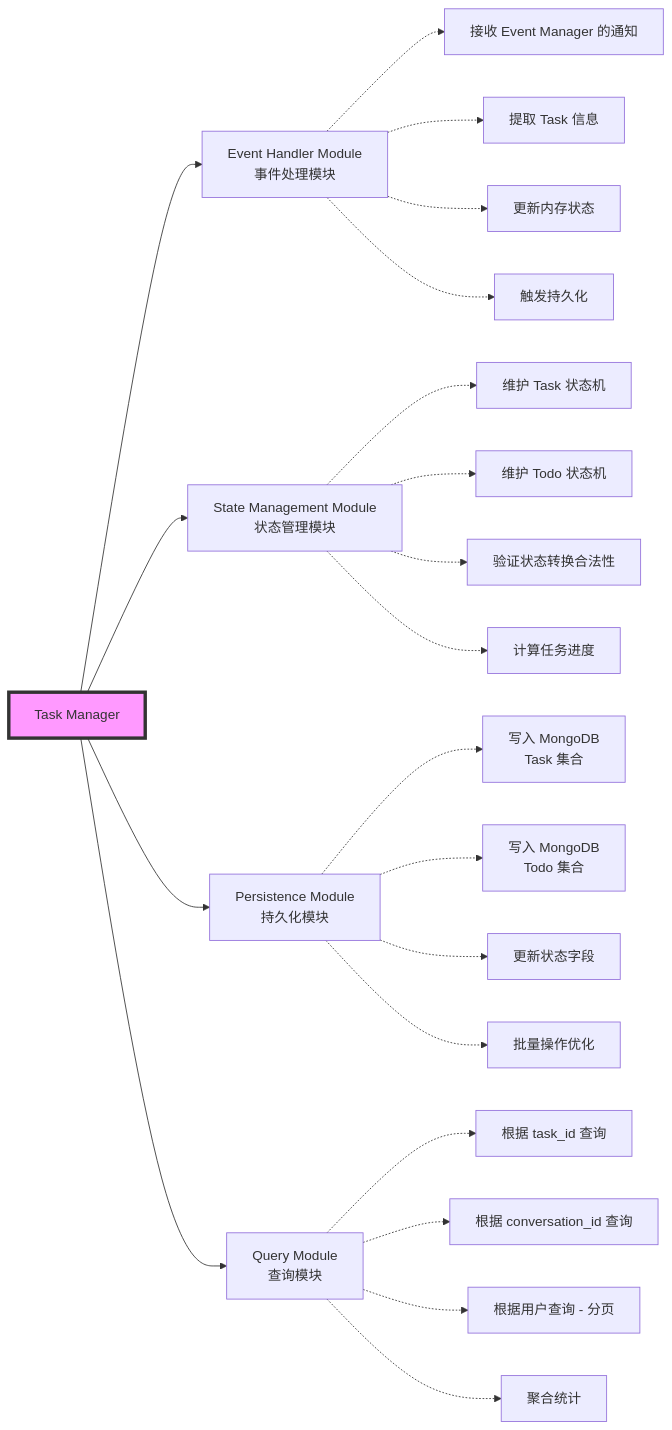
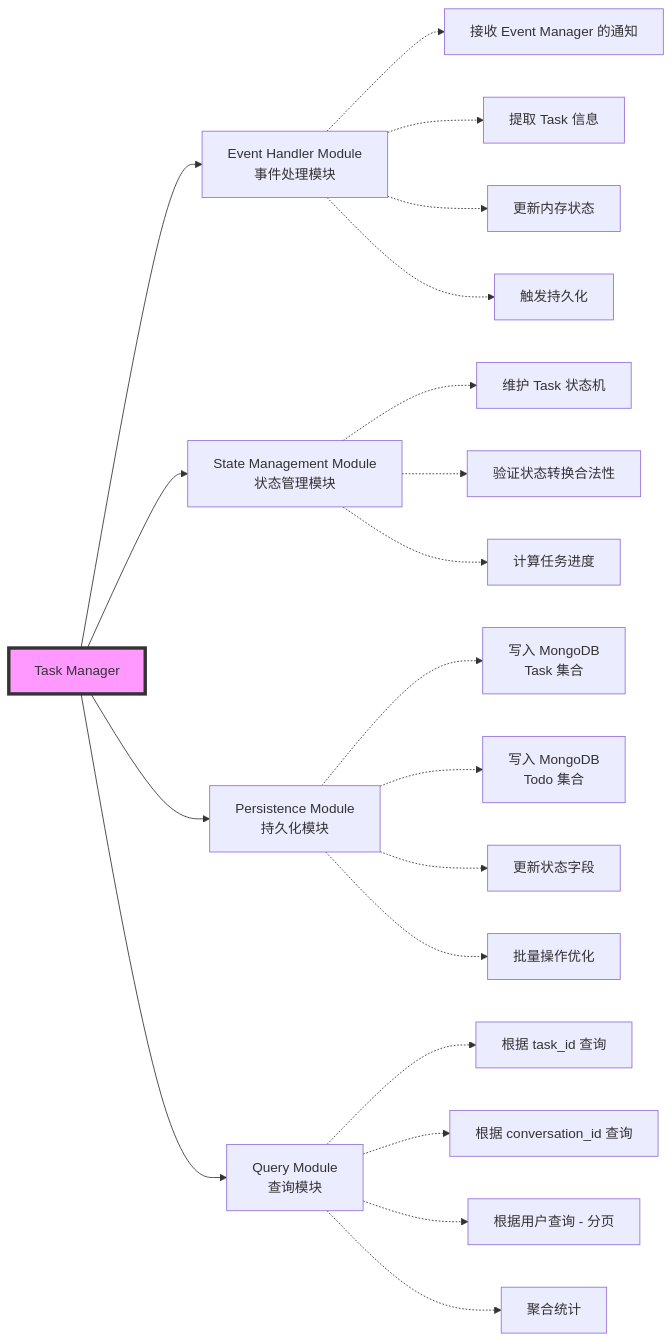
Before and after one commit to yingjianzh/iodraw-files: the diagram in all/未命名-10.md, drawn with Mermaid.

Commit message:
2025-12-24 18:02:38 update

````diff
--- a/all/未命名-10.md
+++ b/all/未命名-10.md
@@ -1,31 +1,31 @@
 ```mermaid
 graph LR
     TM[Task Manager]
     
     TM --> EHM[Event Handler Module<br/>事件处理模块]
     TM --> SMM[State Management Module<br/>状态管理模块]
     TM --> PM[Persistence Module<br/>持久化模块]
     TM --> QM[Query Module<br/>查询模块]
     
     EHM -.-> EHM1[接收 Event Manager 的通知]
     EHM -.-> EHM2[提取 Task 信息]
     EHM -.-> EHM3[更新内存状态]
     EHM -.-> EHM4[触发持久化]
     
     SMM -.-> SMM1[维护 Task 状态机]
-    SMM -.-> SMM2[维护 Todo 状态机]
+ 
     SMM -.-> SMM3[验证状态转换合法性]
     SMM -.-> SMM4[计算任务进度]
     
     PM -.-> PM1[写入 MongoDB<br/>Task 集合]
     PM -.-> PM2[写入 MongoDB<br/>Todo 集合]
     PM -.-> PM3[更新状态字段]
     PM -.-> PM4[批量操作优化]
     
     QM -.-> QM1[根据 task_id 查询]
     QM -.-> QM2[根据 conversation_id 查询]
     QM -.-> QM3[根据用户查询 - 分页]
     QM -.-> QM4[聚合统计]
     
     style TM fill:#f9f,stroke:#333,stroke-width:4px
 ```
````
